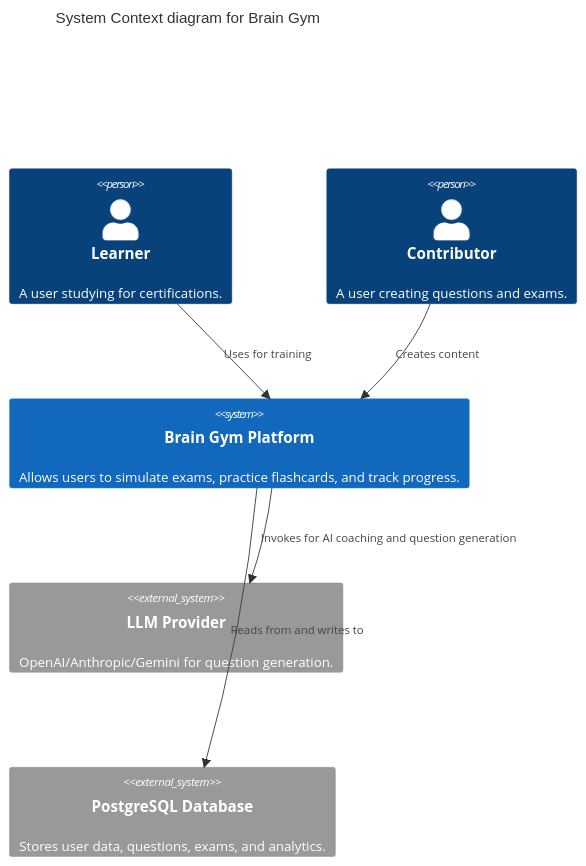
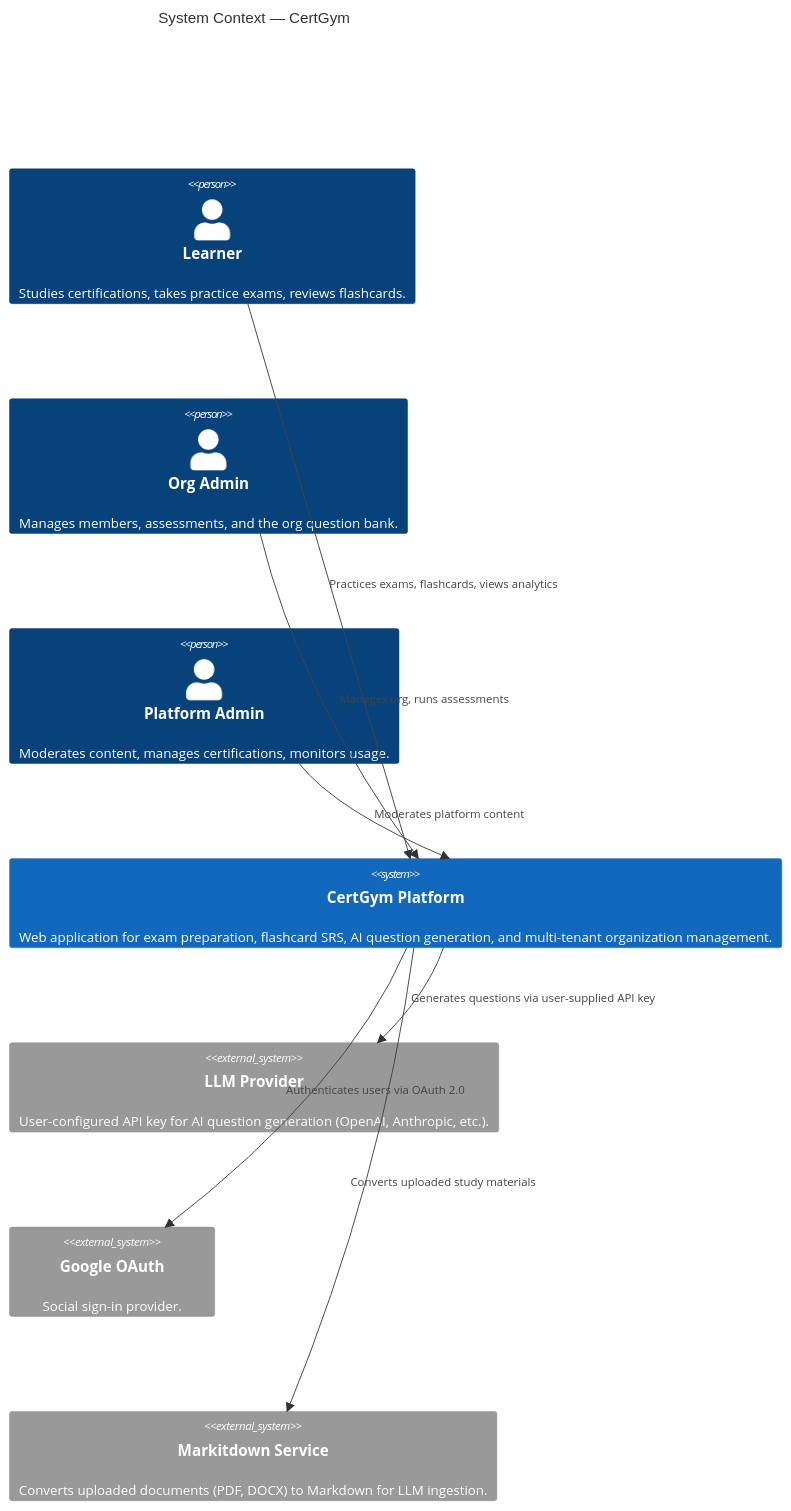
One commit to thanhpt-25/brain-gym changed the first of 2 diagrams in docs/01-architecture.md. Above: the diagram before and after it, drawn with Mermaid. The commit also changed other lines of this file and 1 other file, not shown here.

First line of the commit message:
docs: rewrite architecture and frontend docs — accurate to actual code structure

````diff
--- a/docs/01-architecture.md
+++ b/docs/01-architecture.md
@@ -7,17 +7,21 @@
 ```mermaid
 C4Context
-    title System Context diagram for Brain Gym
+    title System Context — CertGym
 
-    Person(learner, "Learner", "A user studying for certifications.")
-    Person(contributor, "Contributor", "A user creating questions and exams.")
-    
-    System(brainGym, "Brain Gym Platform", "Allows users to simulate exams, practice flashcards, and track progress.")
-    
-    System_Ext(llm, "LLM Provider", "OpenAI/Anthropic/Gemini for question generation.")
-    System_Ext(db, "PostgreSQL Database", "Stores user data, questions, exams, and analytics.")
+    Person(learner, "Learner", "Studies certifications, takes practice exams, reviews flashcards.")
+    Person(org_admin, "Org Admin", "Manages members, assessments, and the org question bank.")
+    Person(admin, "Platform Admin", "Moderates content, manages certifications, monitors usage.")
 
-    Rel(learner, brainGym, "Uses for training")
-    Rel(contributor, brainGym, "Creates content")
-    Rel(brainGym, db, "Reads from and writes to")
-    Rel(brainGym, llm, "Invokes for AI coaching and question generation")
+    System(certgym, "CertGym Platform", "Web application for exam preparation, flashcard SRS, AI question generation, and multi-tenant organization management.")
+
+    System_Ext(llm, "LLM Provider", "User-configured API key for AI question generation (OpenAI, Anthropic, etc.).")
+    System_Ext(google, "Google OAuth", "Social sign-in provider.")
+    System_Ext(markitdown, "Markitdown Service", "Converts uploaded documents (PDF, DOCX) to Markdown for LLM ingestion.")
+
+    Rel(learner, certgym, "Practices exams, flashcards, views analytics")
+    Rel(org_admin, certgym, "Manages org, runs assessments")
+    Rel(admin, certgym, "Moderates platform content")
+    Rel(certgym, llm, "Generates questions via user-supplied API key")
+    Rel(certgym, google, "Authenticates users via OAuth 2.0")
+    Rel(certgym, markitdown, "Converts uploaded study materials")
 ```
````
